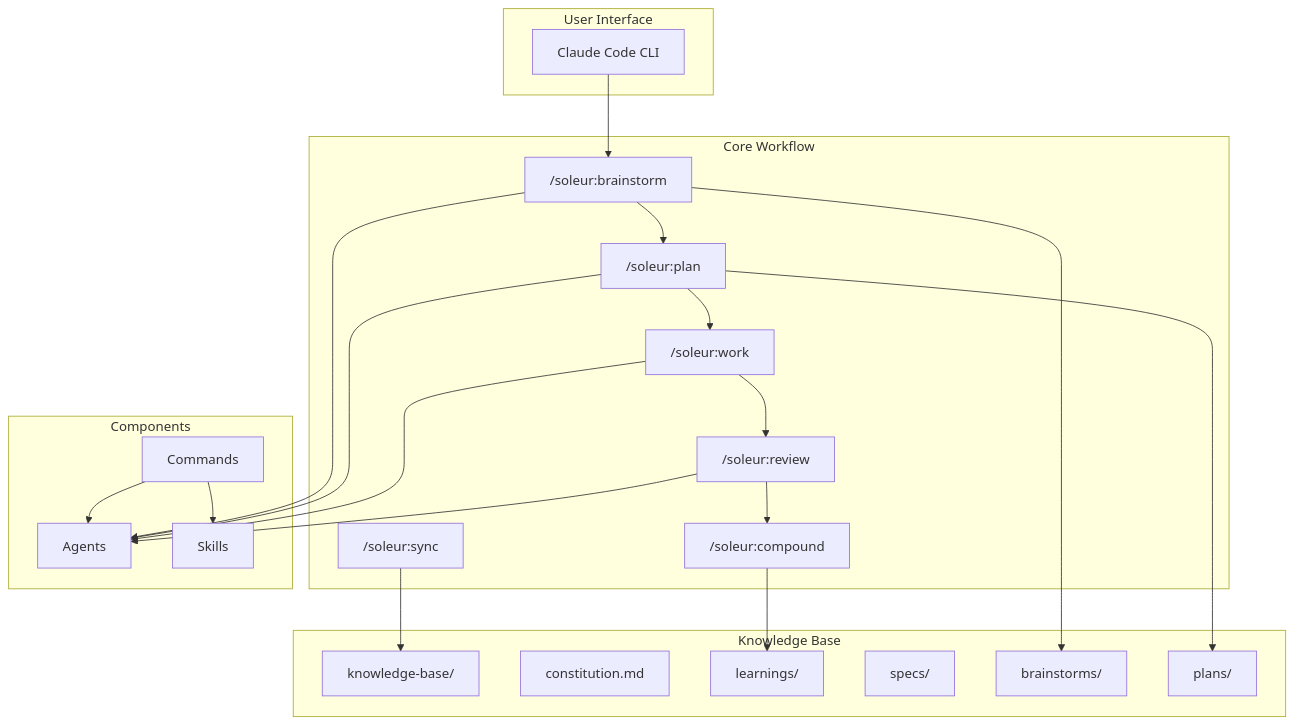
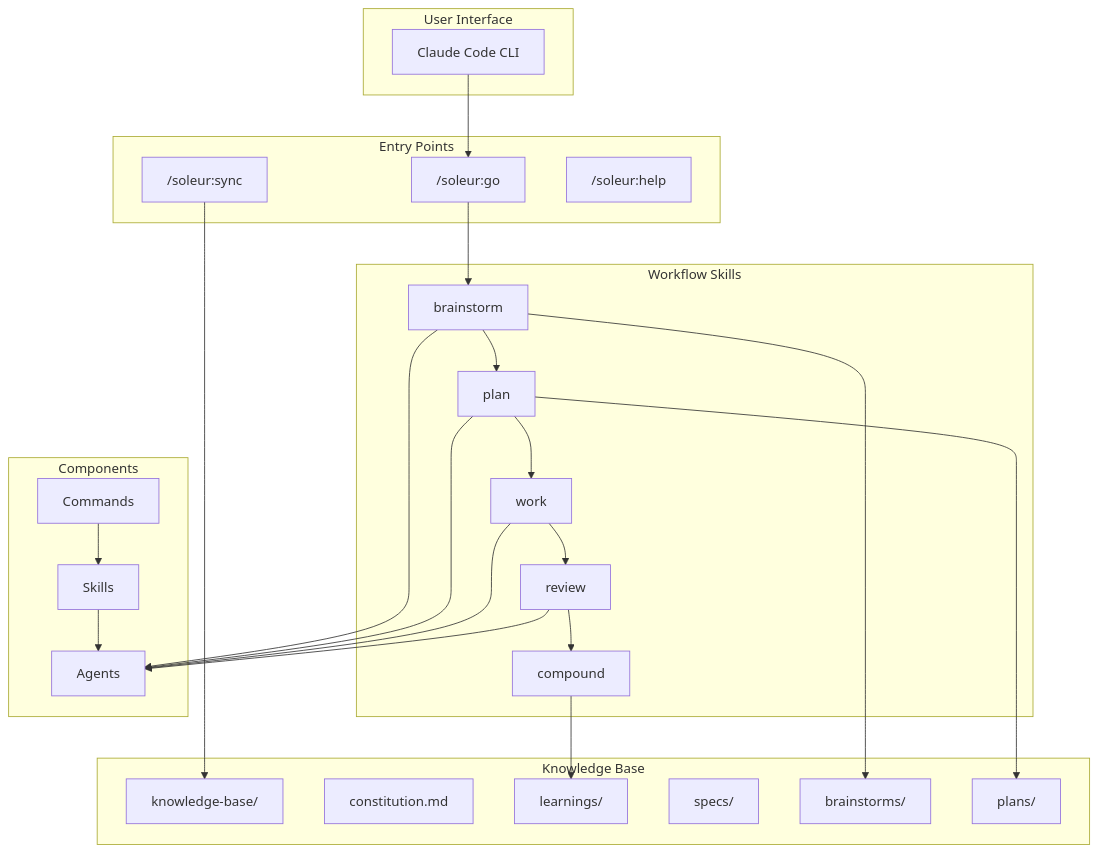
One commit to jikig-ai/soleur changed the diagram in knowledge-base/overview/README.md. Above: the diagram before and after it, drawn with Mermaid. The commit also changed other lines of this file and 39 other files, not shown here.

Commit message:
WIP: migrate 6 workflow commands to skills (v3.0.0) (#276)

````diff
--- a/knowledge-base/overview/README.md
+++ b/knowledge-base/overview/README.md
@@ -11,45 +11,50 @@
 ```mermaid
 graph TB
     subgraph "User Interface"
         CLI[Claude Code CLI]
     end
 
-    subgraph "Core Workflow"
-        BS["/soleur:brainstorm"]
-        PL["/soleur:plan"]
-        WK["/soleur:work"]
-        RV["/soleur:review"]
-        CP["/soleur:compound"]
+    subgraph "Entry Points"
+        GO["/soleur:go"]
         SY["/soleur:sync"]
+        HLP["/soleur:help"]
+    end
+
+    subgraph "Workflow Skills"
+        BS["brainstorm"]
+        PL["plan"]
+        WK["work"]
+        RV["review"]
+        CP["compound"]
     end
 
     subgraph "Components"
         AG[Agents]
         CM[Commands]
         SK[Skills]
     end
 
     subgraph "Knowledge Base"
         KB[knowledge-base/]
         CON[constitution.md]
         LN[learnings/]
         SP[specs/]
         BR[brainstorms/]
         PLA[plans/]
     end
 
-    CLI --> BS --> PL --> WK --> RV --> CP
+    CLI --> GO --> BS --> PL --> WK --> RV --> CP
     SY --> KB
 
     BS --> AG
     PL --> AG
     WK --> AG
     RV --> AG
 
-    CM --> AG
     CM --> SK
+    SK --> AG
 
     CP --> LN
     BS --> BR
     PL --> PLA
 ```
````
